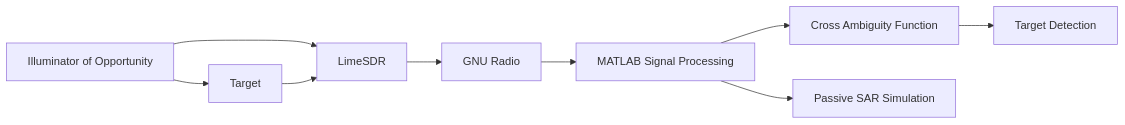
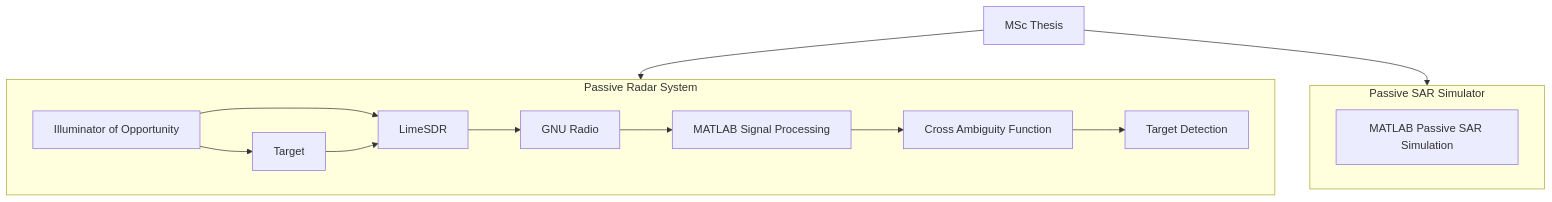
The diagram in README.md (MiguelStattmiller/SAR-Passive-Radar-LimeSDR-Simulator), drawn with Mermaid before and after one commit. The commit also changed other lines of this file, not shown here.

````diff
--- a/README.md
+++ b/README.md
@@ -29,34 +36,41 @@
 ```mermaid
-flowchart LR
+flowchart TB
 
-    TX["Illuminator of Opportunity"]
+    Thesis["MSc Thesis"]
 
-    Aircraft["Target"]
+    Thesis --> Radar
+    Thesis --> SAR
 
-    Lime["LimeSDR"]
+    subgraph Radar["Passive Radar System"]
 
-    GNU["GNU Radio"]
+        TX["Illuminator of Opportunity"]
 
-    MATLAB["MATLAB Signal Processing"]
+        Target["Target"]
 
-    CAF["Cross Ambiguity Function"]
+        Lime["LimeSDR"]
 
-    Detection["Target Detection"]
+        GNU["GNU Radio"]
 
-    SAR["Passive SAR Simulation"]
+        MATLAB["MATLAB Signal Processing"]
 
-    TX --> Aircraft
+        CAF["Cross Ambiguity Function"]
 
-    TX --> Lime
-    Aircraft --> Lime
+        Detection["Target Detection"]
 
-    Lime --> GNU
+        TX --> Target
+        TX --> Lime
+        Target --> Lime
 
-    GNU --> MATLAB
+        Lime --> GNU
+        GNU --> MATLAB
+        MATLAB --> CAF
+        CAF --> Detection
 
-    MATLAB --> CAF
+    end
 
-    CAF --> Detection
+    subgraph SAR["Passive SAR Simulator"]
 
-    MATLAB --> SAR
+        SARMAT["MATLAB Passive SAR Simulation"]
+
+    end
 ```
````
